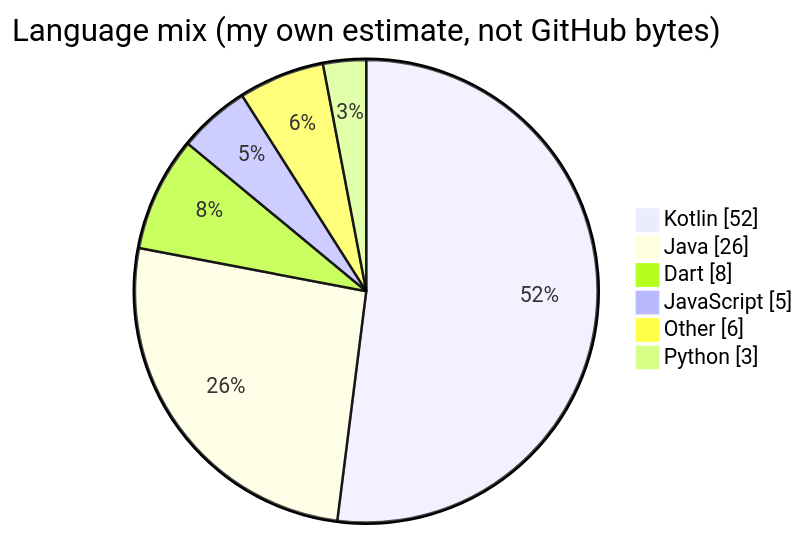
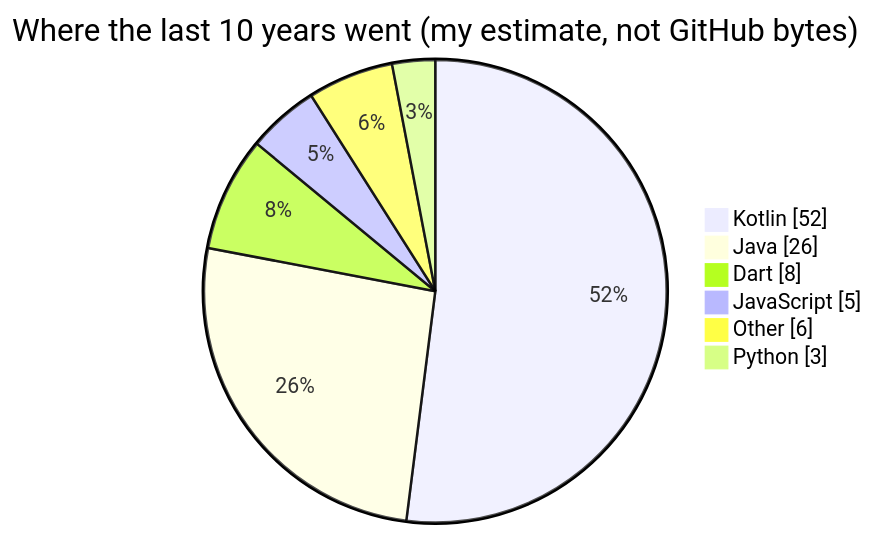
One commit to singgihsaputro/singgihsaputro changed the diagram in README.md. Above: the diagram before and after it, drawn with Mermaid. The commit also changed other lines of this file, not shown here.

````diff
--- a/README.md
+++ b/README.md
@@ -17,10 +22,10 @@
 ```mermaid
 pie showData
-    title Language mix (my own estimate, not GitHub bytes)
+    title Where the last 10 years went (my estimate, not GitHub bytes)
     "Kotlin" : 52
     "Java" : 26
     "Dart" : 8
     "JavaScript" : 5
     "Other" : 6
     "Python" : 3
 ```
````
